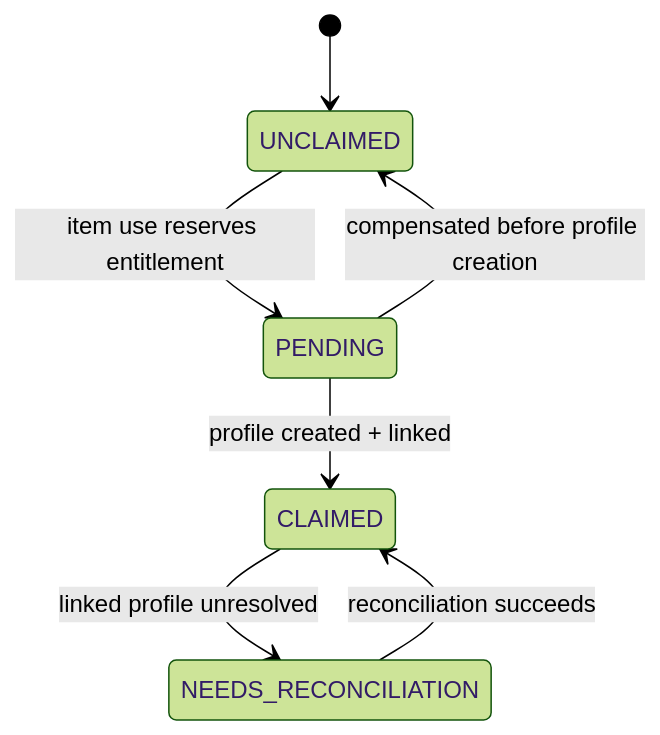
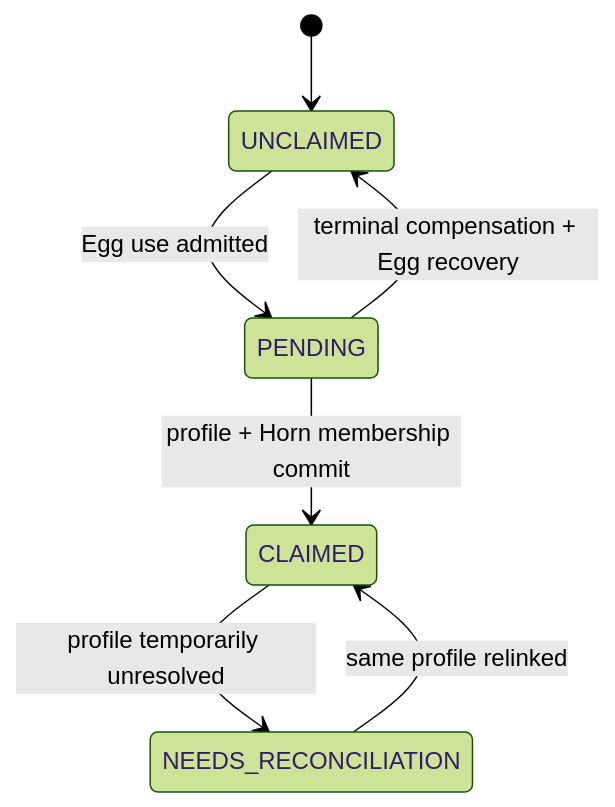
Before and after one commit to Alechilles/HyDragon: the diagram in docs/specs/soul-bond-miniwyvern.md, drawn with Mermaid (forest theme). The commit also changed other lines of this file and 5 other files, not shown here.

````diff
--- a/docs/specs/soul-bond-miniwyvern.md
+++ b/docs/specs/soul-bond-miniwyvern.md
@@ -74,9 +74,9 @@
 ```mermaid
 stateDiagram-v2
     [*] --> UNCLAIMED
-    UNCLAIMED --> PENDING: item use reserves entitlement
-    PENDING --> CLAIMED: profile created + linked
-    PENDING --> UNCLAIMED: compensated before profile creation
-    CLAIMED --> NEEDS_RECONCILIATION: linked profile unresolved
-    NEEDS_RECONCILIATION --> CLAIMED: reconciliation succeeds
+    UNCLAIMED --> PENDING: Egg use admitted
+    PENDING --> CLAIMED: profile + Horn membership commit
+    PENDING --> UNCLAIMED: terminal compensation + Egg recovery
+    CLAIMED --> NEEDS_RECONCILIATION: profile temporarily unresolved
+    NEEDS_RECONCILIATION --> CLAIMED: same profile relinked
 ```
````
